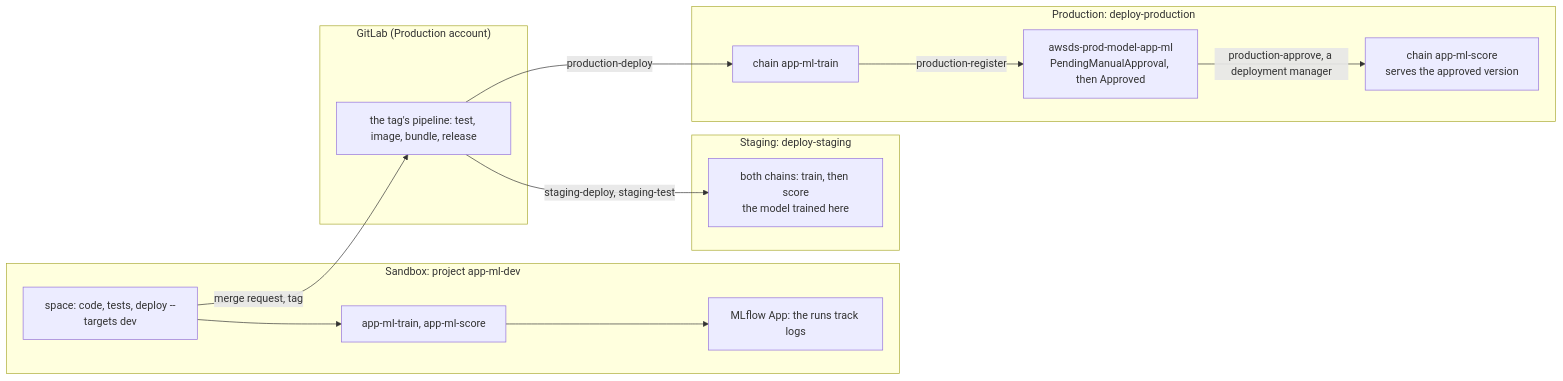
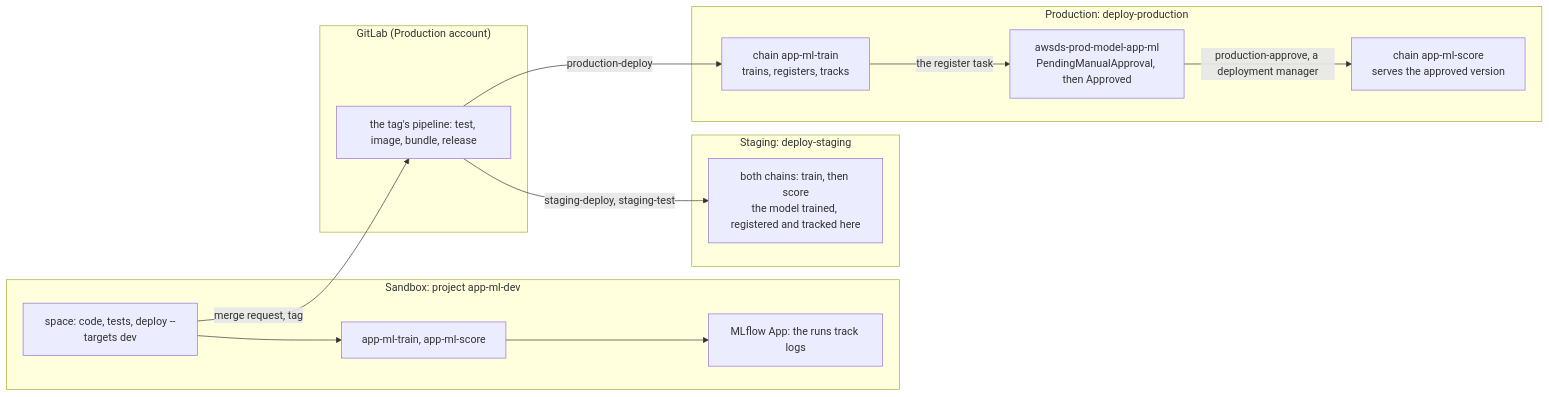
The second of 3 diagrams in docs/plan/stages/stage-17-sandbox-machine-learning.md (felipenoris/AWS-DataScience), drawn with Mermaid before and after one commit. The commit also changed other lines of this file, not shown here.

````diff
--- a/docs/plan/stages/stage-17-sandbox-machine-learning.md
+++ b/docs/plan/stages/stage-17-sandbox-machine-learning.md
@@ -784,26 +804,26 @@
 ```mermaid
 flowchart LR
   subgraph sandbox["Sandbox: project app-ml-dev"]
     space["space: code, tests, deploy --targets dev"]
     devwf["app-ml-train, app-ml-score"]
     mlflow["MLflow App: the runs track logs"]
   end
   subgraph gitlab["GitLab (Production account)"]
     pipe["the tag's pipeline: test, image, bundle, release"]
   end
   subgraph staging["Staging: deploy-staging"]
-    stgwf["both chains: train, then score<br/>the model trained here"]
+    stgwf["both chains: train, then score<br/>the model trained, registered and tracked here"]
   end
   subgraph production["Production: deploy-production"]
-    prodtrain["chain app-ml-train"]
+    prodtrain["chain app-ml-train<br/>trains, registers, tracks"]
     registry["awsds-prod-model-app-ml<br/>PendingManualApproval, then Approved"]
     prodscore["chain app-ml-score<br/>serves the approved version"]
   end
   space --> devwf
   devwf --> mlflow
   space -->|"merge request, tag"| pipe
   pipe -->|"staging-deploy, staging-test"| stgwf
   pipe -->|"production-deploy"| prodtrain
-  prodtrain -->|"production-register"| registry
+  prodtrain -->|"the register task"| registry
   registry -->|"production-approve, a deployment manager"| prodscore
 ```
````
